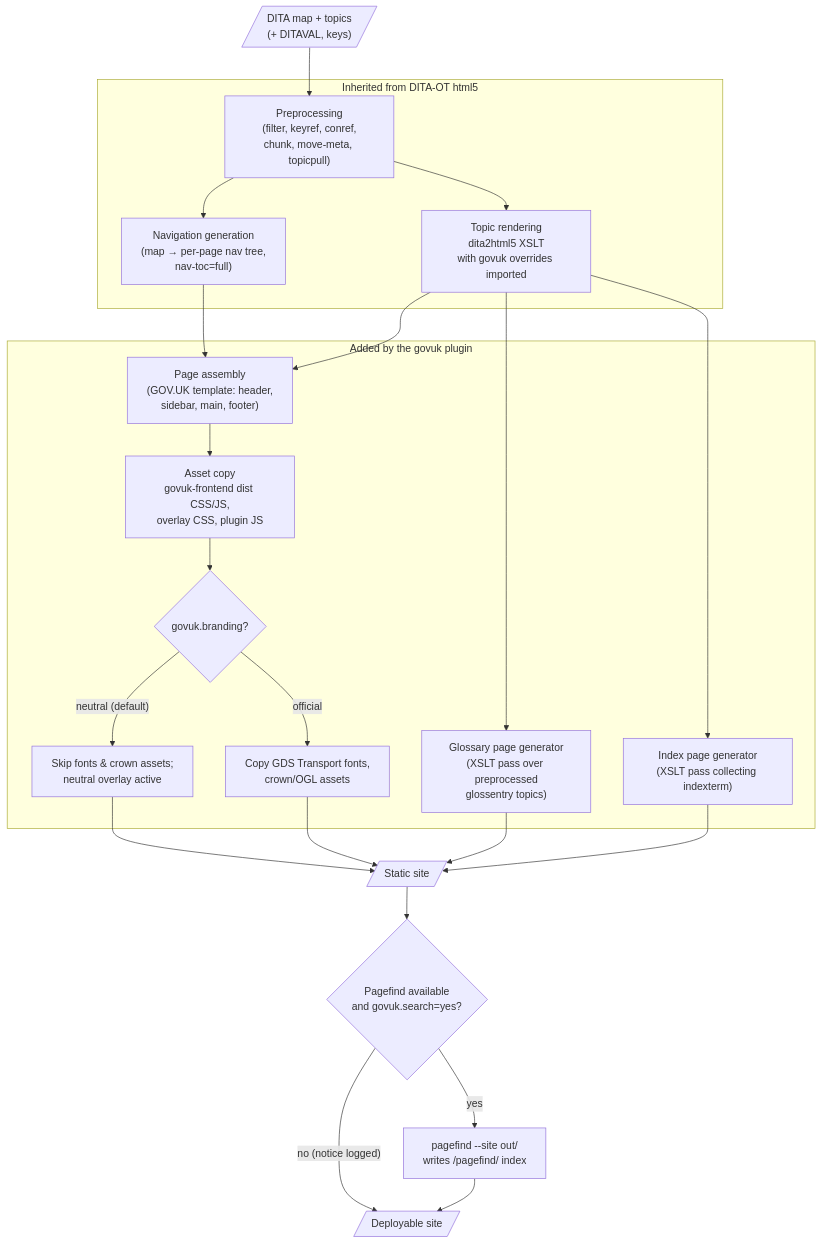
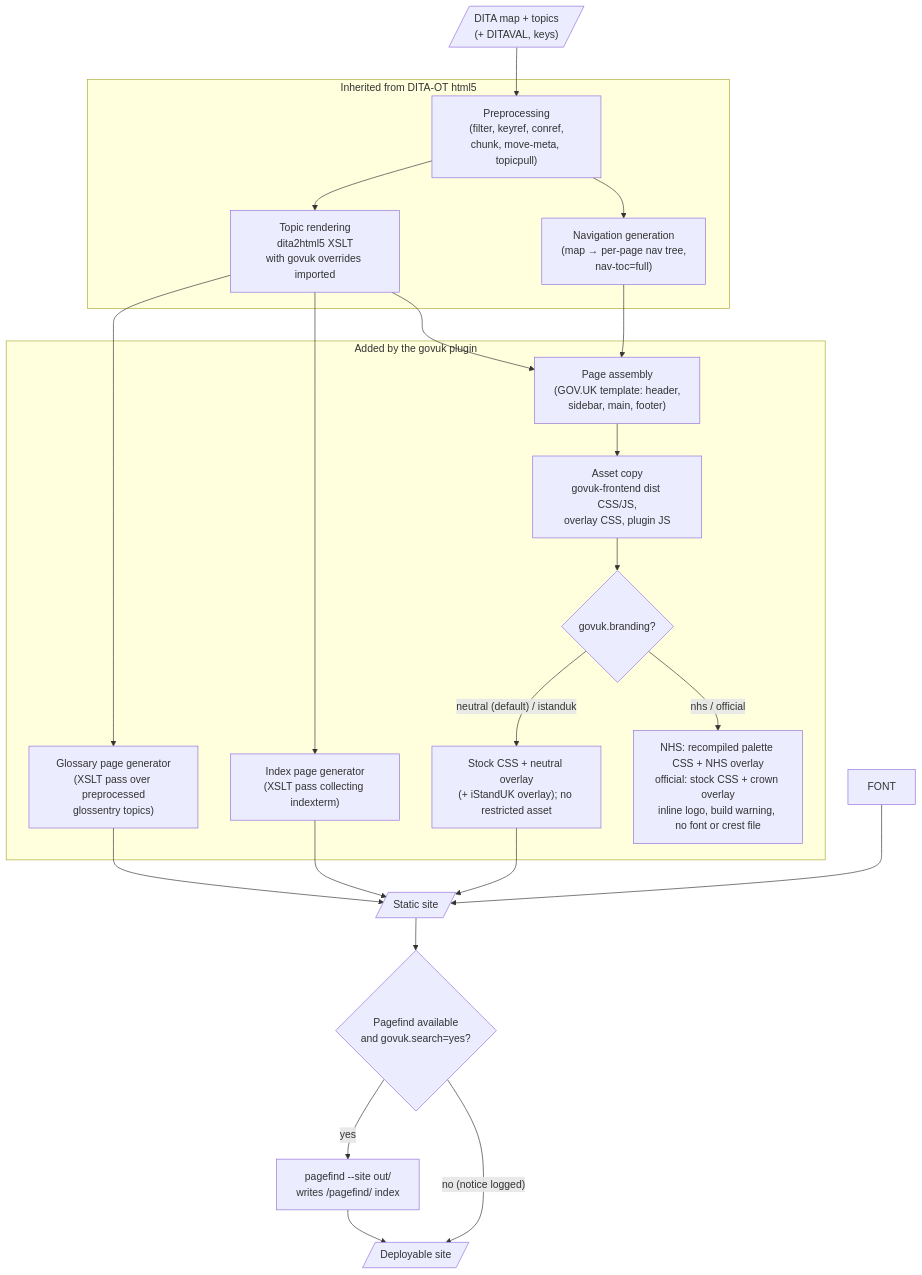
The first of 3 diagrams in design/03-architecture.md (iStandUK/govuk-dita-plugin), drawn with Mermaid before and after one commit. The commit also changed other lines of this file and 13 other files, not shown here.

````diff
--- a/design/03-architecture.md
+++ b/design/03-architecture.md
@@ -16,31 +16,31 @@
 ```mermaid
 flowchart TD
     IN[/"DITA map + topics<br/>(+ DITAVAL, keys)"/] --> PRE
 
     subgraph OT["Inherited from DITA-OT html5"]
         PRE["Preprocessing<br/>(filter, keyref, conref,<br/>chunk, move-meta, topicpull)"]
         PRE --> TOPICS["Topic rendering<br/>dita2html5 XSLT<br/>with govuk overrides imported"]
         PRE --> NAV["Navigation generation<br/>(map → per-page nav tree,<br/>nav-toc=full)"]
     end
 
     subgraph GOVUK["Added by the govuk plugin"]
         TOPICS --> GLOSS["Glossary page generator<br/>(XSLT pass over preprocessed<br/>glossentry topics)"]
         TOPICS --> IDX["Index page generator<br/>(XSLT pass collecting indexterm)"]
         NAV --> WRAP["Page assembly<br/>(GOV.UK template: header,<br/>sidebar, main, footer)"]
         TOPICS --> WRAP
         WRAP --> ASSETS["Asset copy<br/>govuk-frontend dist CSS/JS,<br/>overlay CSS, plugin JS"]
         ASSETS --> BRAND{"govuk.branding?"}
-        BRAND -- "neutral (default)" --> NOFONT["Skip fonts & crown assets;<br/>neutral overlay active"]
-        BRAND -- official --> FONT["Copy GDS Transport fonts,<br/>crown/OGL assets"]
+        BRAND -- "neutral (default) / istanduk" --> NOFONT["Stock CSS + neutral overlay<br/>(+ iStandUK overlay); no restricted asset"]
+        BRAND -- "nhs / official" --> IDENT["NHS: recompiled palette CSS + NHS overlay<br/>official: stock CSS + crown overlay<br/>inline logo, build warning, no font or crest file"]
     end
 
     NOFONT --> OUT[/"Static site"/]
     FONT --> OUT
     GLOSS --> OUT
     IDX --> OUT
 
     OUT --> PF{"Pagefind available<br/>and govuk.search=yes?"}
     PF -- yes --> PFRUN["pagefind --site out/<br/>writes /pagefind/ index"]
     PF -- "no (notice logged)" --> DONE
     PFRUN --> DONE[/"Deployable site"/]
 ```
````
